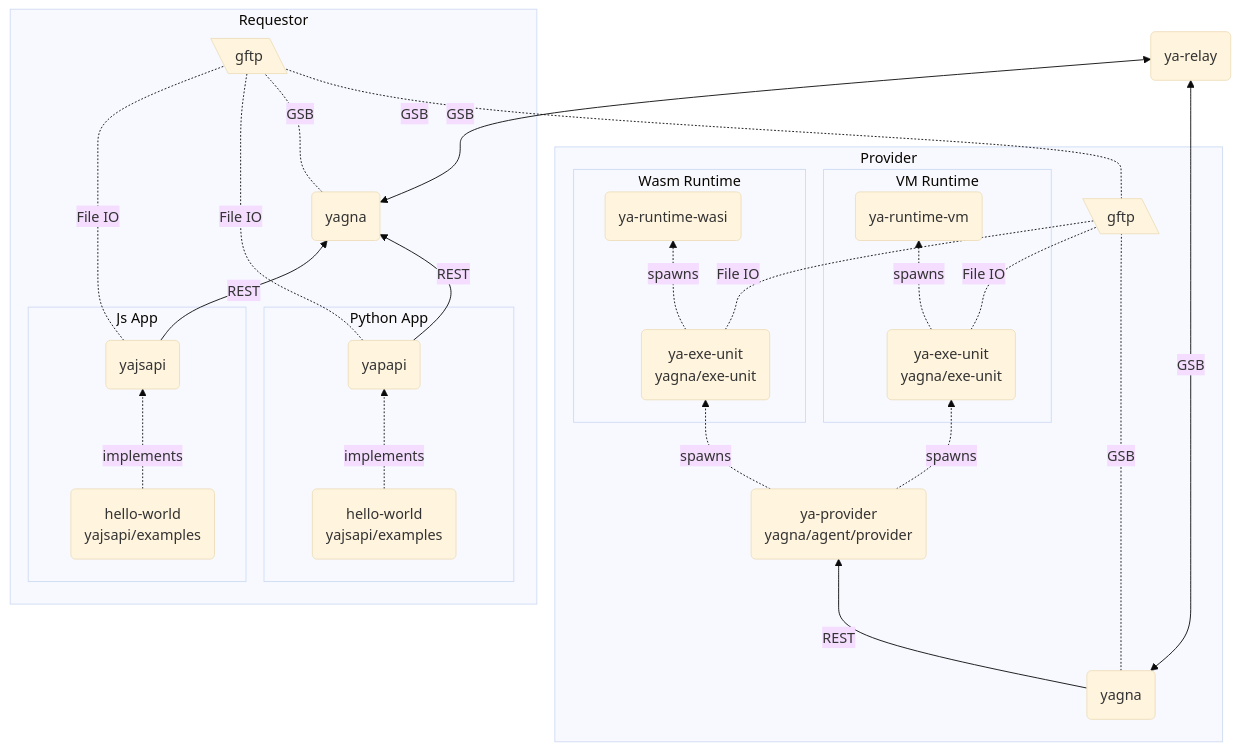
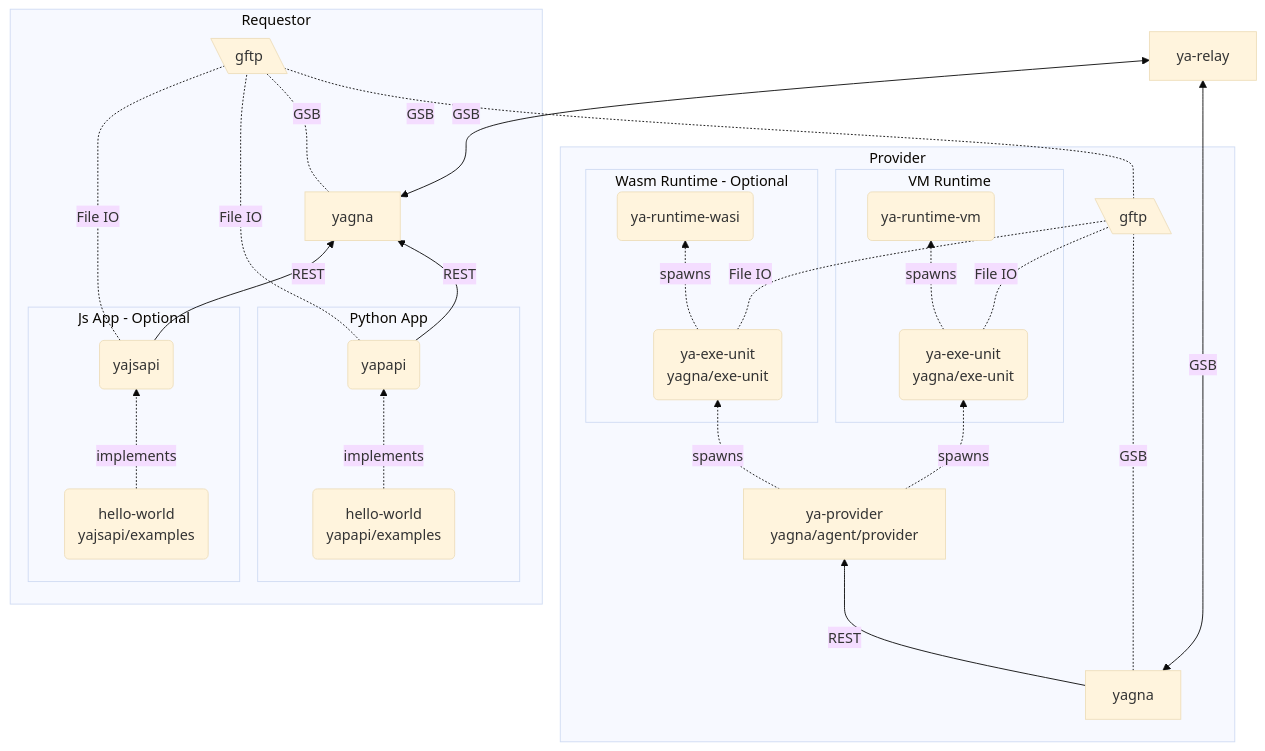
The diagram in docs/local_hybrid.md (golemfactory/yagna), drawn with Mermaid (base theme) before and after one commit. The commit also changed other lines of this file and 2 other files, not shown here.

````diff
--- a/docs/local_hybrid.md
+++ b/docs/local_hybrid.md
@@ -5,60 +5,60 @@
 ```mermaid
 flowchart BT
-    relay(ya-relay)
+    relay[ya-relay]
 
     y_p <-->|GSB| relay
     y_r <-->|GSB| relay
     gftp_p -.-|GSB| gftp_r
 
     subgraph Requestor
-        y_r(yagna)
+        y_r[yagna]
         gftp_r[\gftp\]
         
         y_r -.-|GSB| gftp_r
         py_api(yapapi) -->|REST| y_r
         js_api(yajsapi) -->|REST| y_r
         py_api -.-|File IO| gftp_r
         js_api -.-|File IO| gftp_r
 
-        subgraph Js App
+        subgraph Python App
+            py_hello(hello-world \n yapapi/examples)
+            py_api(yapapi)
+            
+            py_hello -.->|implements| py_api
+        end
+
+        subgraph Js App - Optional
             js_hello(hello-world \n yajsapi/examples)
             js_api(yajsapi)
 
             js_hello -.->|implements| js_api
         end
-
-        subgraph Python App
-            py_hello(hello-world \n yajsapi/examples)
-            py_api(yapapi)
-            
-            py_hello -.->|implements| py_api
-        end
     end
 
     subgraph Provider
-        y_p(yagna)
-        prov(ya-provider \nyagna/agent/provider)
+        y_p[yagna]
+        prov[ya-provider \nyagna/agent/provider]
         gftp_p[\gftp\]
 
         y_p -->|REST| prov
         y_p -.-|GSB| gftp_p
         prov -.->|spawns| exe_vm
         prov -.->|spawns| exe_wasi
         exe_vm -.-|File IO| gftp_p
         exe_wasi -.-|File IO| gftp_p
 
         subgraph VM Runtime
             exe_vm(ya-exe-unit \n yagna/exe-unit) 
             vm(ya-runtime-vm)
 
             exe_vm -.->|spawns| vm
         end
 
-        subgraph Wasm Runtime
+        subgraph Wasm Runtime - Optional
             exe_wasi(ya-exe-unit \n yagna/exe-unit)
             wasi(ya-runtime-wasi)
 
             exe_wasi -.->|spawns| wasi
         end
     end
 ```
````
